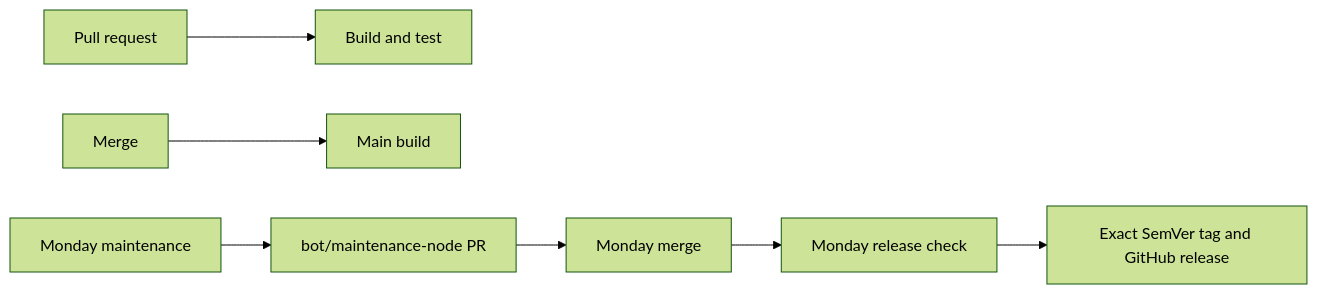
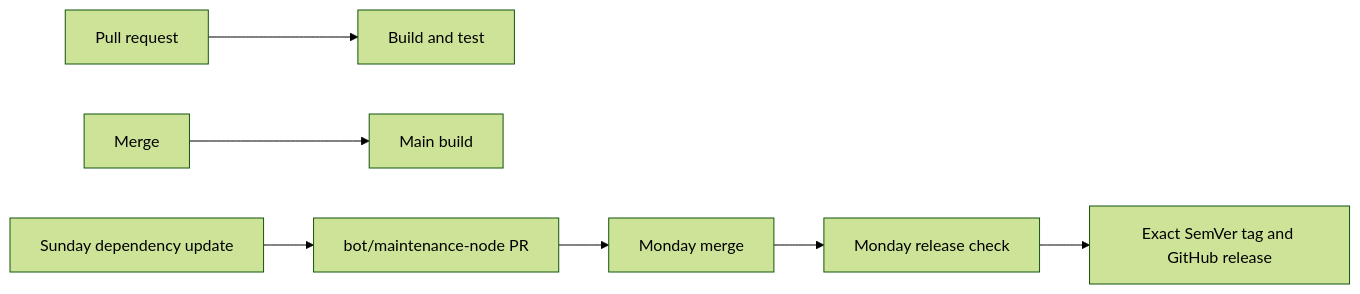
One commit to YunaBraska/YunaBraska changed the diagram in NODE_CI_CD.md. Above: the diagram before and after it, drawn with Mermaid (forest theme). The commit also changed other lines of this file and 3 other files, not shown here.

Commit message:
fix: recover Node maintenance pull requests (#68)

````diff
--- a/NODE_CI_CD.md
+++ b/NODE_CI_CD.md
@@ -7,9 +7,9 @@
 ```mermaid
 flowchart LR
   A[Pull request] --> B[Build and test]
   C[Merge] --> D[Main build]
-  E[Monday maintenance] --> F[bot/maintenance-node PR]
+  E[Sunday dependency update] --> F[bot/maintenance-node PR]
   F --> G[Monday merge]
   G --> H[Monday release check]
   H --> I[Exact SemVer tag and GitHub release]
 ```
````
